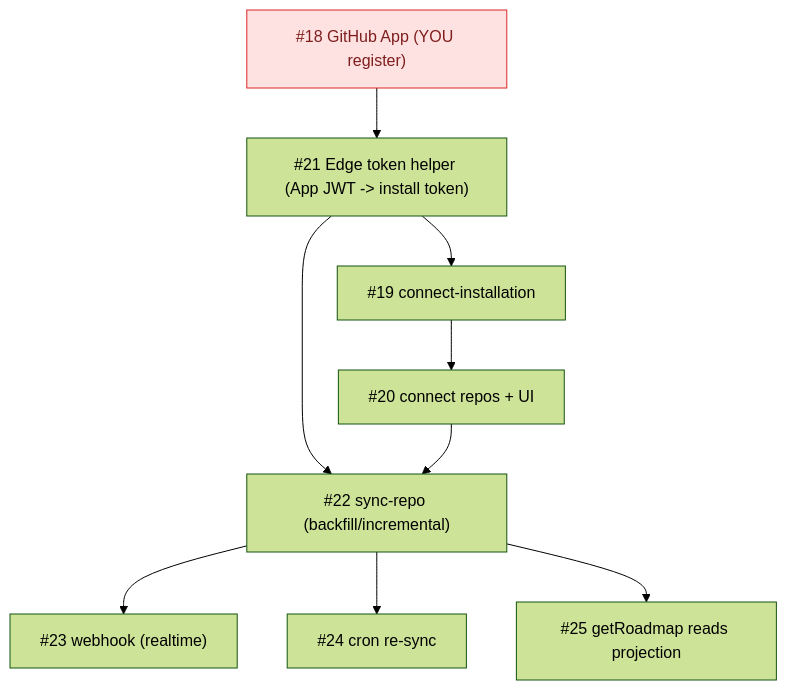
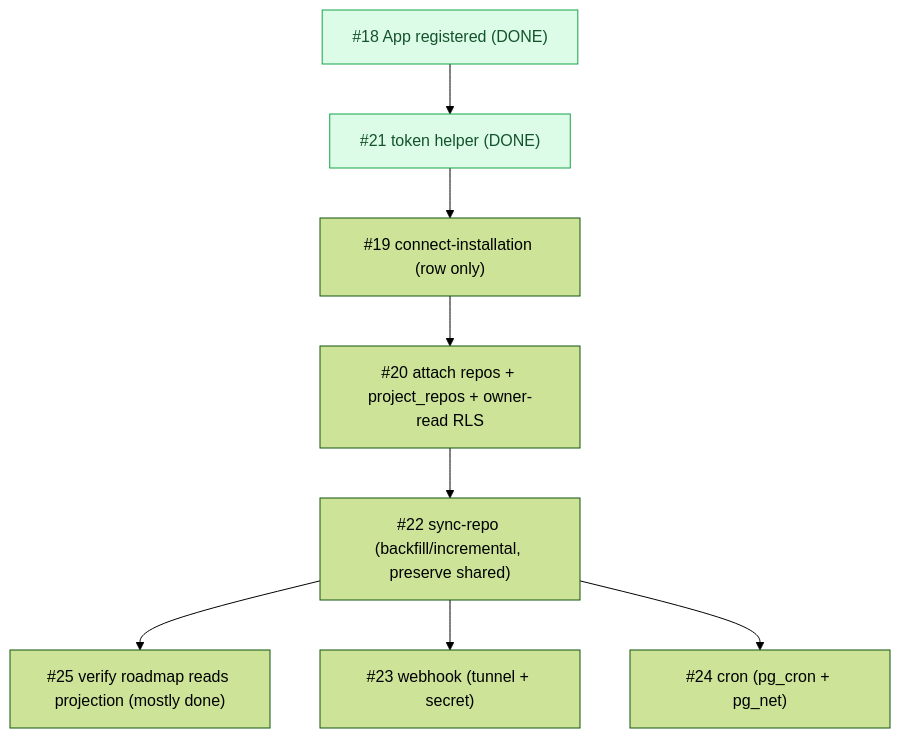
The diagram in docs/audits/milestone-Phase 3 - GitHub App & sync-audit.md (zestones/vista), drawn with Mermaid (forest theme) before and after one commit. The commit also changed other lines of this file and 5 other files, not shown here.

First line of the commit message:
feat(github): connect-installation edge function

````diff
--- a/docs/audits/milestone-Phase 3 - GitHub App & sync-audit.md
+++ b/docs/audits/milestone-Phase 3 - GitHub App & sync-audit.md
@@ -20,13 +20,11 @@
 ```mermaid
 flowchart TD
-  I18["#18 GitHub App (YOU register)"] --> I21["#21 Edge token helper (App JWT -> install token)"]
-  I21 --> I19["#19 connect-installation"]
-  I19 --> I20["#20 connect repos + UI"]
-  I21 --> I22["#22 sync-repo (backfill/incremental)"]
-  I20 --> I22
-  I22 --> I23["#23 webhook (realtime)"]
-  I22 --> I24["#24 cron re-sync"]
-  I22 --> I25["#25 getRoadmap reads projection"]
-  classDef user fill:#fee2e2,stroke:#dc2626,color:#7f1d1d;
-  class I18 user;
+  I18["#18 App registered (DONE)"]:::done --> I21["#21 token helper (DONE)"]:::done
+  I21 --> I19["#19 connect-installation (row only)"]
+  I19 --> I20["#20 attach repos + project_repos + owner-read RLS"]
+  I20 --> I22["#22 sync-repo (backfill/incremental, preserve shared)"]
+  I22 --> I25["#25 verify roadmap reads projection (mostly done)"]
+  I22 --> I23["#23 webhook (tunnel + secret)"]
+  I22 --> I24["#24 cron (pg_cron + pg_net)"]
+  classDef done fill:#dcfce7,stroke:#16a34a,color:#14532d;
 ```
````
